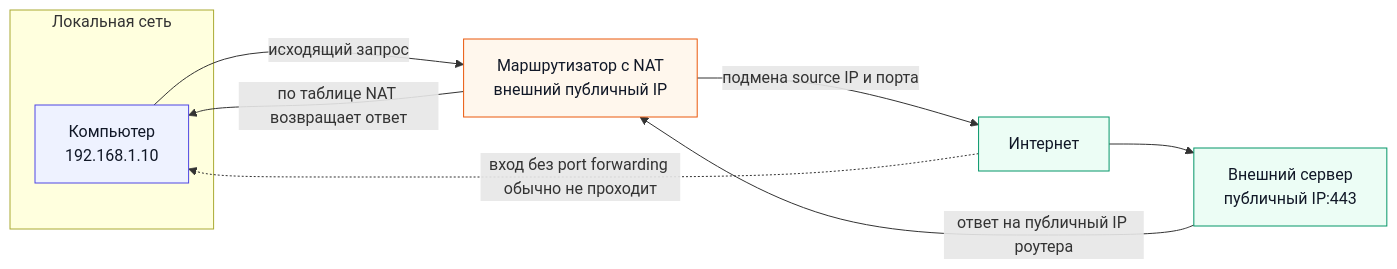
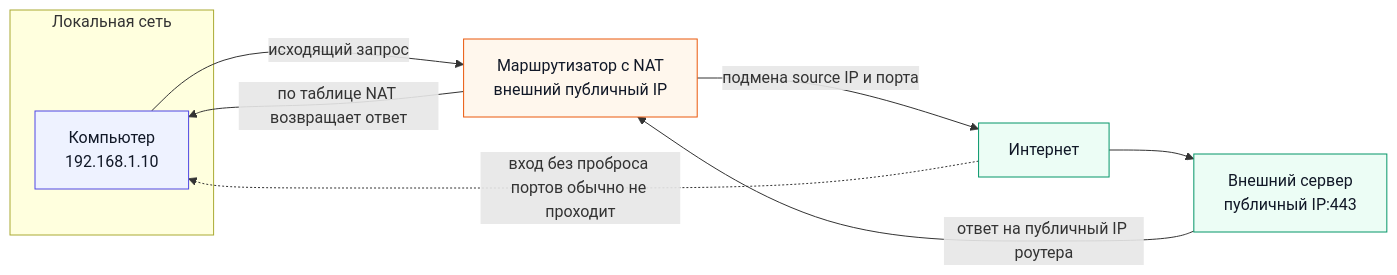
One commit to Mohanad0101/NetworSystemsQuestions changed the first of 32 diagrams in README.md. Above: the diagram before and after it, drawn with Mermaid. The commit also changed other lines of this file and 1 other file, not shown here.

````diff
--- a/README.md
+++ b/README.md
@@ -36,23 +36,23 @@
 ```mermaid
 flowchart LR
     subgraph LAN[Локальная сеть]
         PC[Компьютер<br/>192.168.1.10]
     end
     R[Маршрутизатор с NAT<br/>внешний публичный IP]
     I[Интернет]
     S[Внешний сервер<br/>публичный IP:443]
 
     PC -->|исходящий запрос| R
     R -->|подмена source IP и порта| I
     I --> S
     S -->|ответ на публичный IP роутера| R
     R -->|по таблице NAT возвращает ответ| PC
-    I -. вход без port forwarding обычно не проходит .-> PC
+    I -. вход без проброса портов обычно не проходит .-> PC
 
     classDef private fill:#eef2ff,stroke:#4f46e5,color:#111827;
     classDef nat fill:#fff7ed,stroke:#ea580c,color:#111827;
     classDef public fill:#ecfdf5,stroke:#059669,color:#111827;
     class PC private;
     class R nat;
     class I,S public;
 ```
````
